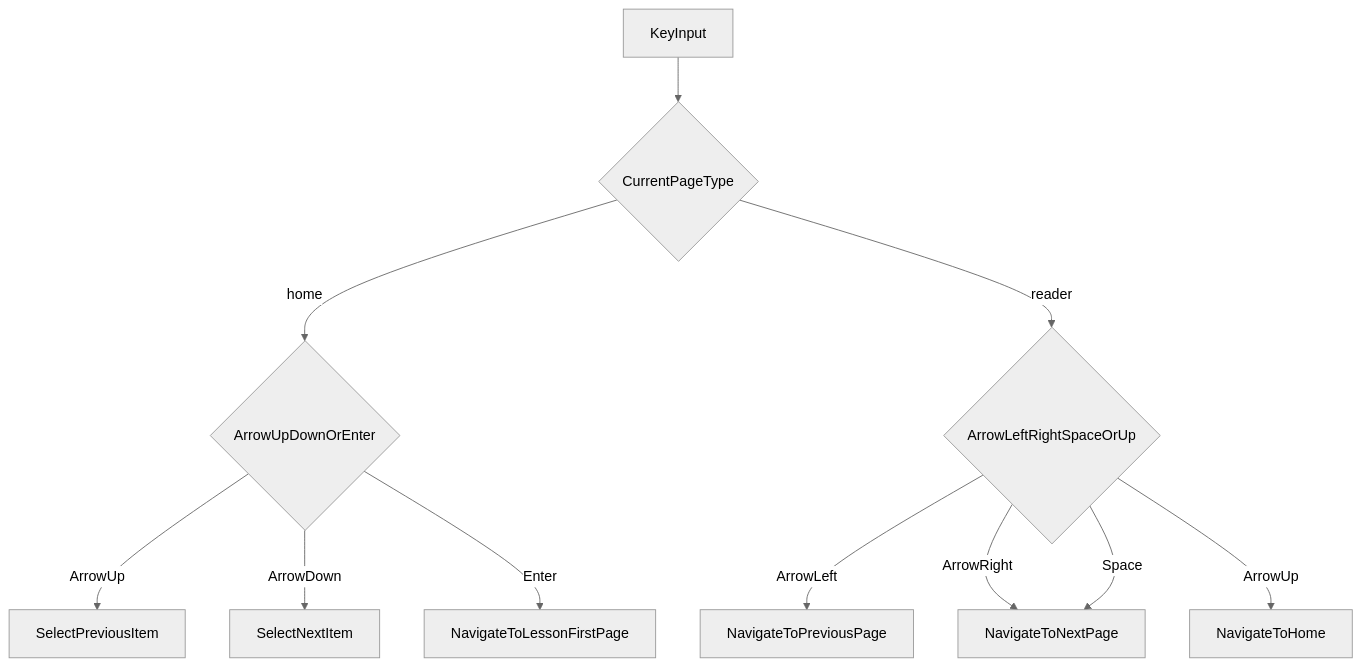
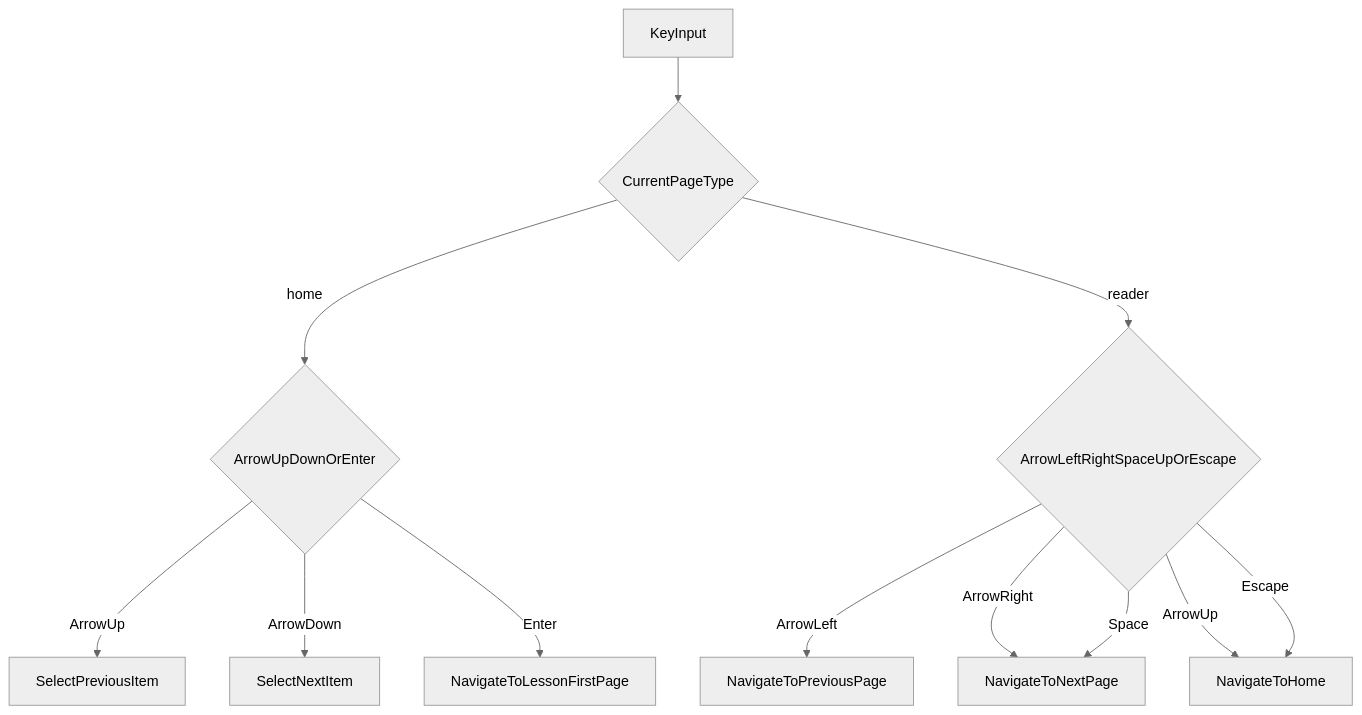
Before and after one commit to kamiyn/italyshadowing: the third of 4 diagrams in Architecture.md, drawn with Mermaid (neutral theme). The commit also changed other lines of this file and 4 other files, not shown here.

First line of the commit message:
feat(reader): map Escape to navigate back to top page

````diff
--- a/Architecture.md
+++ b/Architecture.md
@@ -143,13 +143,14 @@
 ```mermaid
 flowchart TD
     keyInput[KeyInput] --> pageType{CurrentPageType}
     pageType -->|home| homeKey{ArrowUpDownOrEnter}
     homeKey -->|ArrowUp| selectPrev[SelectPreviousItem]
     homeKey -->|ArrowDown| selectNext[SelectNextItem]
     homeKey -->|Enter| openLesson[NavigateToLessonFirstPage]
-    pageType -->|reader| readerKey{ArrowLeftRightSpaceOrUp}
+    pageType -->|reader| readerKey{ArrowLeftRightSpaceUpOrEscape}
     readerKey -->|ArrowLeft| goPrev[NavigateToPreviousPage]
     readerKey -->|ArrowRight| goNext[NavigateToNextPage]
     readerKey -->|Space| goNext
     readerKey -->|ArrowUp| goHome[NavigateToHome]
+    readerKey -->|Escape| goHome
 ```
````
